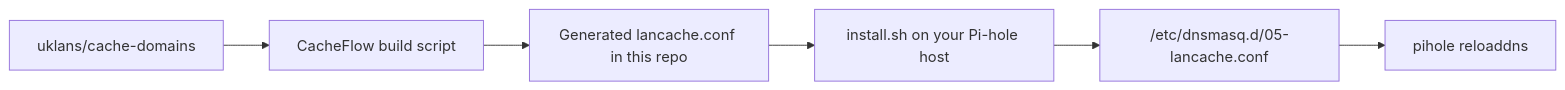
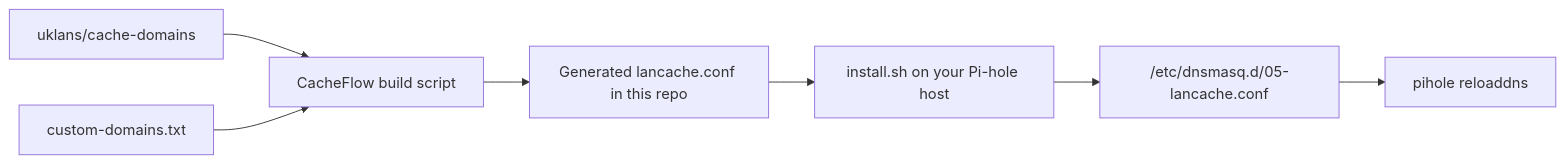
One commit to sparksbenjamin/CacheFlow changed the diagram in README.md. Above: the diagram before and after it, drawn with Mermaid. The commit also changed other lines of this file, not shown here.

````diff
--- a/README.md
+++ b/README.md
@@ -40,8 +56,9 @@
 ```mermaid
 flowchart LR
     A["uklans/cache-domains"] --> B["CacheFlow build script"]
-    B --> C["Generated lancache.conf in this repo"]
-    C --> D["install.sh on your Pi-hole host"]
-    D --> E["/etc/dnsmasq.d/05-lancache.conf"]
-    E --> F["pihole reloaddns"]
+    C["custom-domains.txt"] --> B
+    B --> D["Generated lancache.conf in this repo"]
+    D --> E["install.sh on your Pi-hole host"]
+    E --> F["/etc/dnsmasq.d/05-lancache.conf"]
+    F --> G["pihole reloaddns"]
 ```
````
